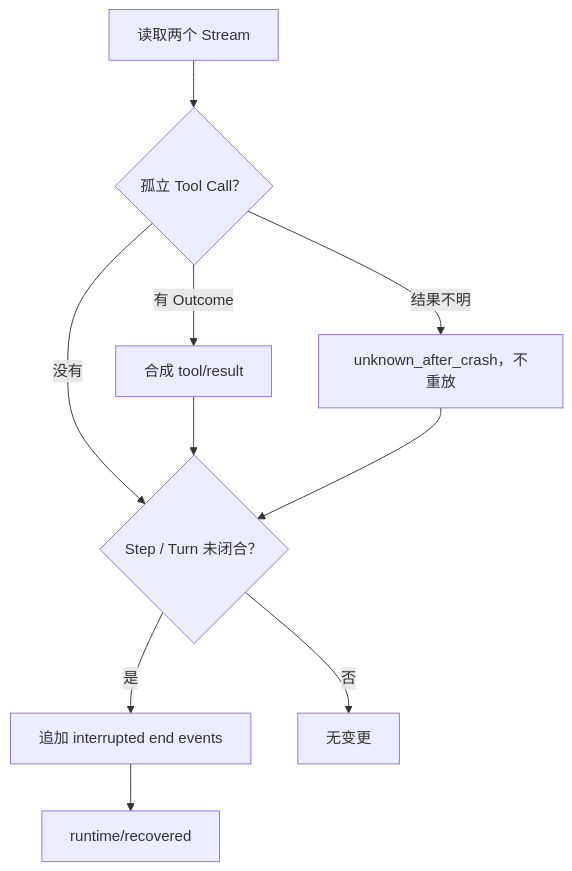
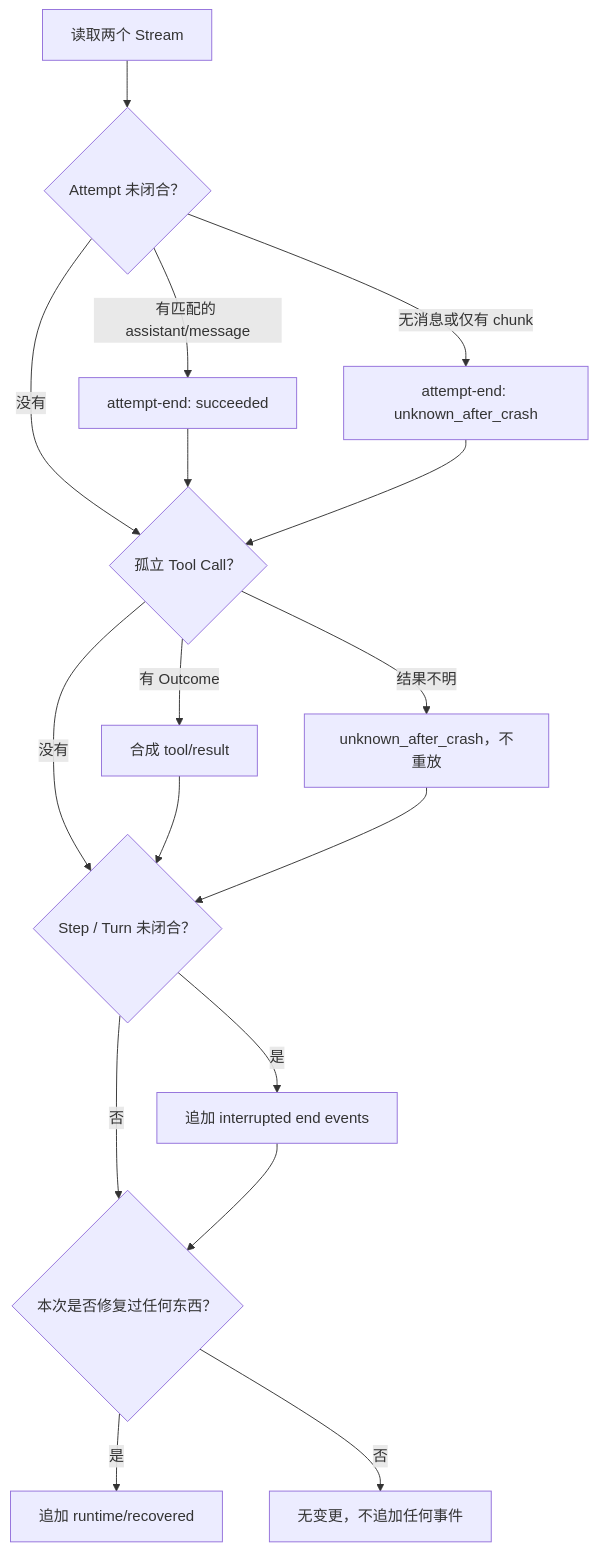
The fifth of 6 diagrams in docs/note/project-context.md (uboyme/traceHarness), drawn with Mermaid before and after one commit. The commit also changed other lines of this file and 10 other files, not shown here.

````diff
--- a/docs/note/project-context.md
+++ b/docs/note/project-context.md
@@ -434,12 +435,19 @@
 ```mermaid
 flowchart TD
-    READ["读取两个 Stream"] --> CALL{"孤立 Tool Call？"}
+    READ["读取两个 Stream"] --> ATT{"Attempt 未闭合？"}
+    ATT -- "有匹配的 assistant/message" --> ASUC["attempt-end: succeeded"]
+    ATT -- "无消息或仅有 chunk" --> AUNK["attempt-end: unknown_after_crash"]
+    ATT -- "没有" --> CALL{"孤立 Tool Call？"}
+    ASUC --> CALL
+    AUNK --> CALL
     CALL -- "有 Outcome" --> SYN["合成 tool/result"]
     CALL -- "结果不明" --> UNK["unknown_after_crash，不重放"]
     CALL -- "没有" --> LIFE{"Step / Turn 未闭合？"}
     SYN --> LIFE
     UNK --> LIFE
     LIFE -- "是" --> CLOSE["追加 interrupted end events"]
-    LIFE -- "否" --> DONE["无变更"]
-    CLOSE --> REC["runtime/recovered"]
+    LIFE -- "否" --> ANY{"本次是否修复过任何东西？"}
+    CLOSE --> ANY
+    ANY -- "是" --> REC["追加 runtime/recovered"]
+    ANY -- "否" --> DONE["无变更，不追加任何事件"]
 ```
````
